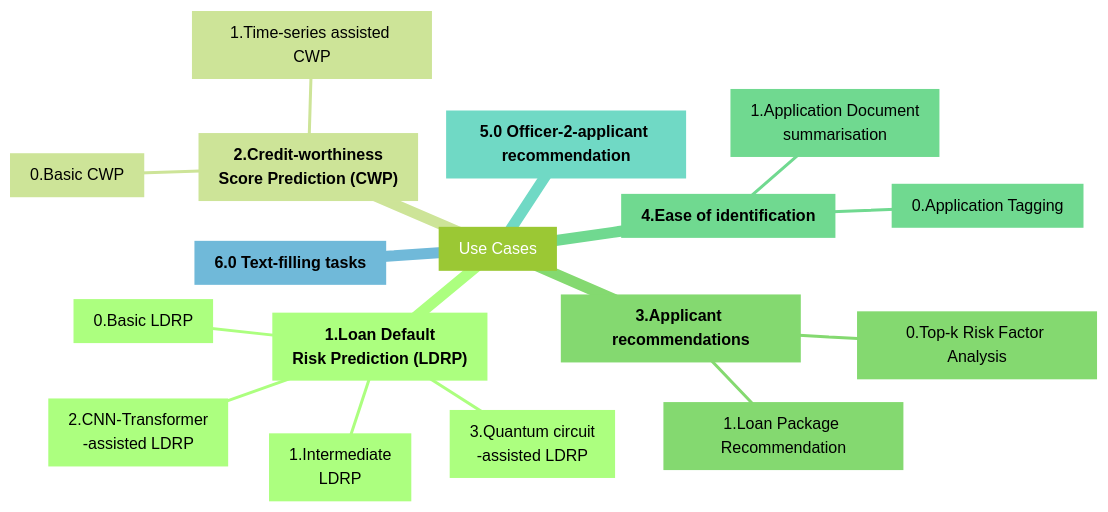
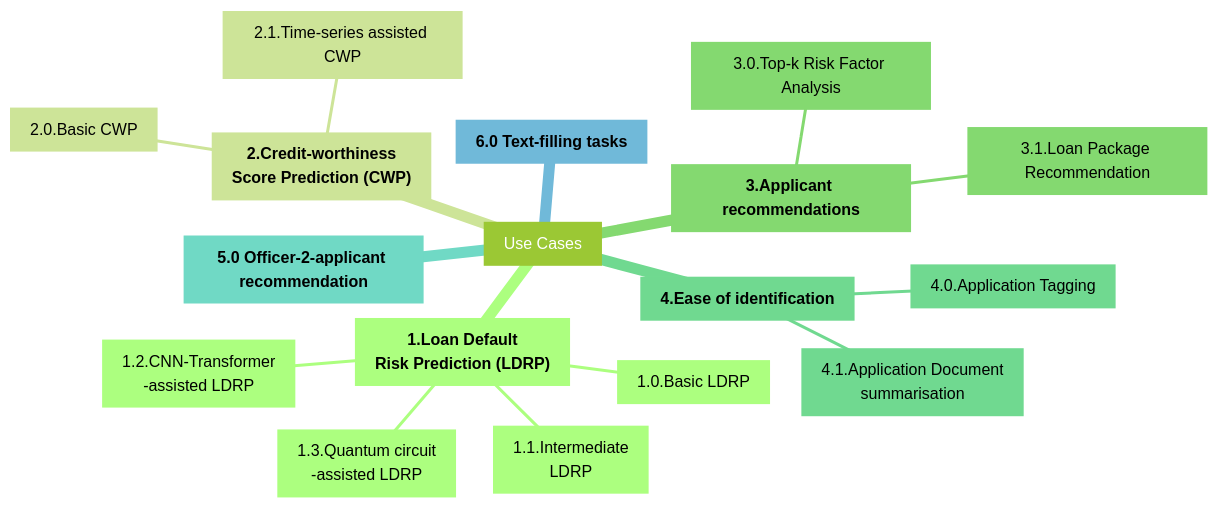
Before and after one commit to Zypperman/DBTT_G1_GRP3: the diagram in README.md, drawn with Mermaid.

````diff
--- a/README.md
+++ b/README.md
@@ -39,30 +39,30 @@
 ```mermaid
 ---
 config:
   theme: forest
 ---
 mindmap
   root[Use Cases]
         id1["`**1.Loan Default <br> Risk Prediction (LDRP)**`"]
         
-            id1[0.Basic LDRP]
-            id1[1.Intermediate<br>LDRP]
-            id1[2.CNN-Transformer<br>-assisted LDRP]
-            id1[3.Quantum circuit<br>-assisted LDRP]
+            id1[1.0.Basic LDRP]
+            id1[1.1.Intermediate<br>LDRP]
+            id1[1.2.CNN-Transformer<br>-assisted LDRP]
+            id1[1.3.Quantum circuit<br>-assisted LDRP]
 
         id2["`**2.Credit-worthiness <br> Score Prediction (CWP)**`"]
-            id2["0.Basic CWP "]
-            id2["1.Time-series assisted CWP"]
+            id2["2.0.Basic CWP "]
+            id2["2.1.Time-series assisted CWP"]
 
         id3["`**3.Applicant recommendations**`"]        
-            id3["0.Top-k Risk Factor Analysis"]
-            id3["1.Loan Package Recommendation"]
+            id3["3.0.Top-k Risk Factor Analysis"]
+            id3["3.1.Loan Package Recommendation"]
 
         id3["`**4.Ease of identification**`"]        
-            id3["0.Application Tagging"]
-            id3["1.Application Document<br>summarisation"]
+            id3["4.0.Application Tagging"]
+            id3["4.1.Application Document<br>summarisation"]
 
         id3["`**5.0 Officer-2-applicant recommendation**`"]
         
         id3["`**6.0 Text-filling tasks**`"]
 ```
````
